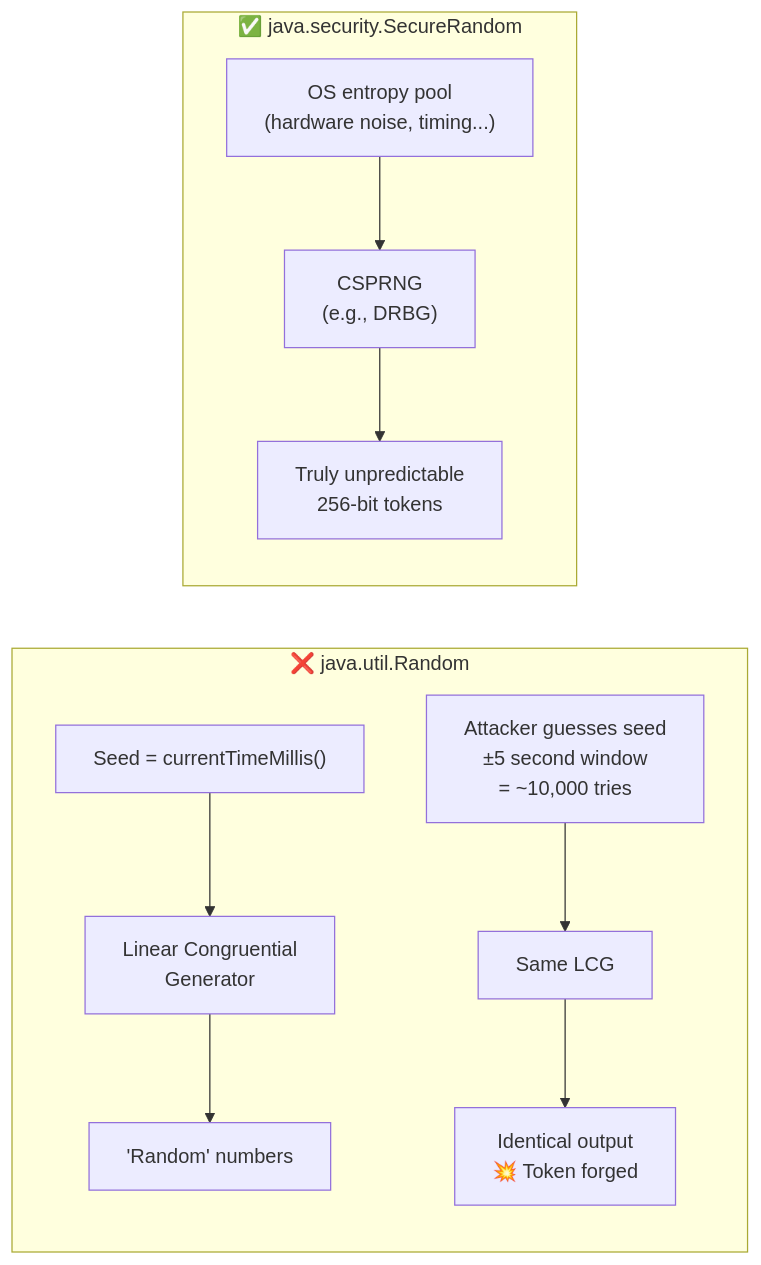
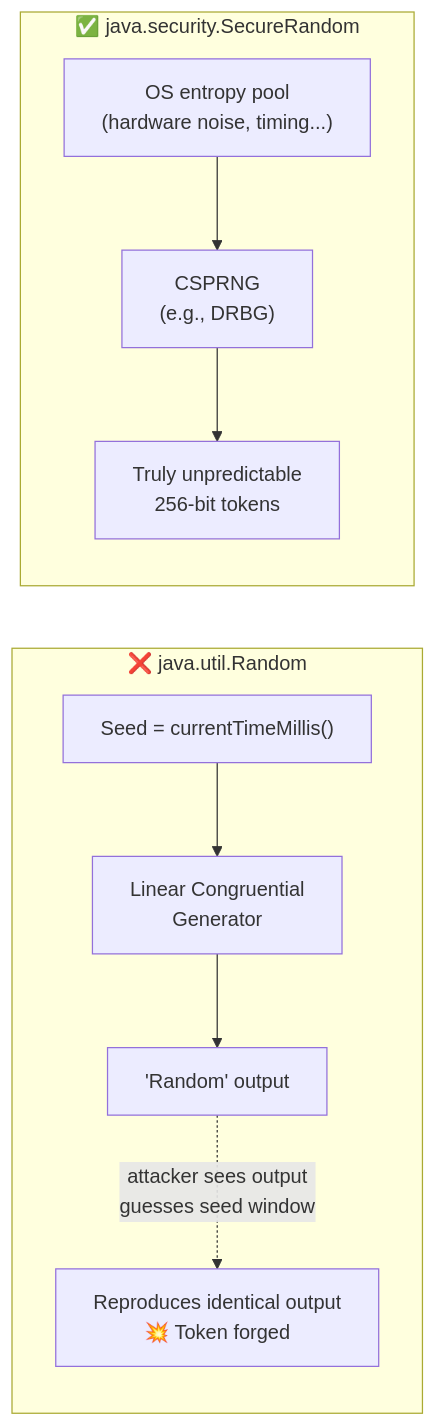
Before and after one commit to csoares/SecurityJava: diagram 17 of 19 in README.md, drawn with Mermaid. The commit also changed other lines of this file and 10 other files, not shown here.

Commit message:
Refine README diagrams and descriptions for clarity and accuracy

````diff
--- a/README.md
+++ b/README.md
@@ -482,11 +482,11 @@
 ```mermaid
 flowchart LR
     subgraph Weak ["❌ java.util.Random"]
-        SEED["Seed = currentTimeMillis()"] --> LCG["Linear Congruential<br/>Generator"] --> OUT1["'Random' numbers"]
-        GUESS["Attacker guesses seed<br/>±5 second window<br/>= ~10,000 tries"] --> LCG2["Same LCG"] --> SAME["Identical output<br/>💥 Token forged"]
+        SEED["Seed = currentTimeMillis()"] --> LCG["Linear Congruential<br/>Generator"] --> OUT1["'Random' output"]
+        OUT1 -.->|"attacker sees output<br/>guesses seed window"| SAME["Reproduces identical output<br/>💥 Token forged"]
     end
 
     subgraph Strong ["✅ java.security.SecureRandom"]
         ENTROPY["OS entropy pool<br/>(hardware noise, timing...)"] --> CSPRNG["CSPRNG<br/>(e.g., DRBG)"] --> OUT2["Truly unpredictable<br/>256-bit tokens"]
     end
 ```
````
